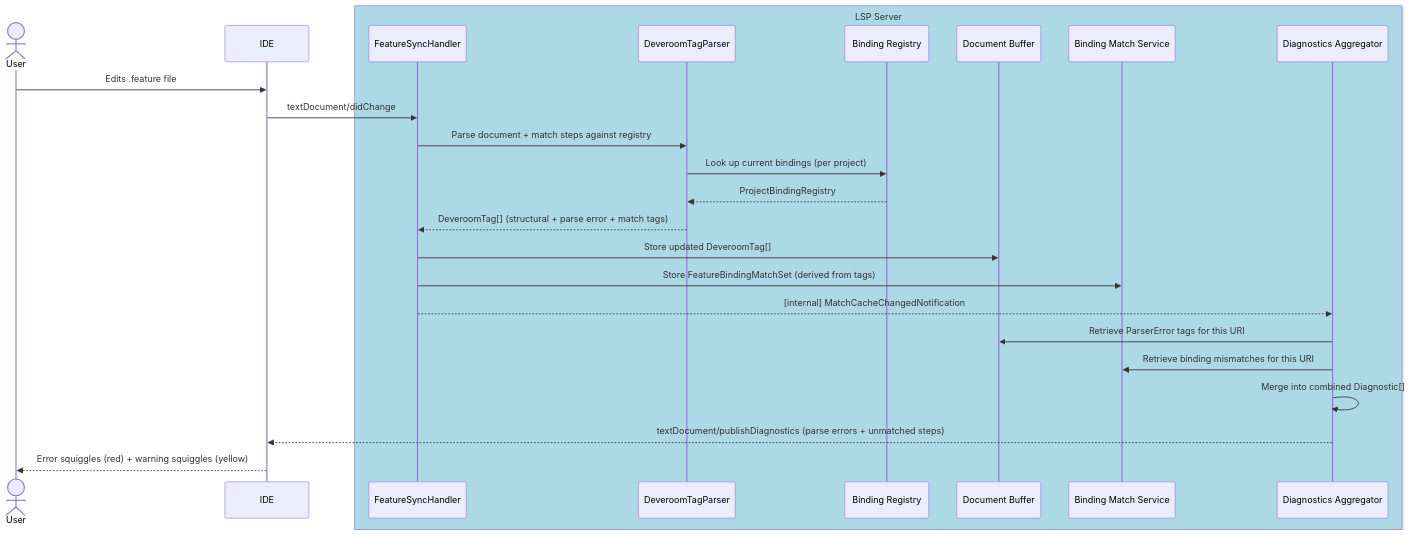
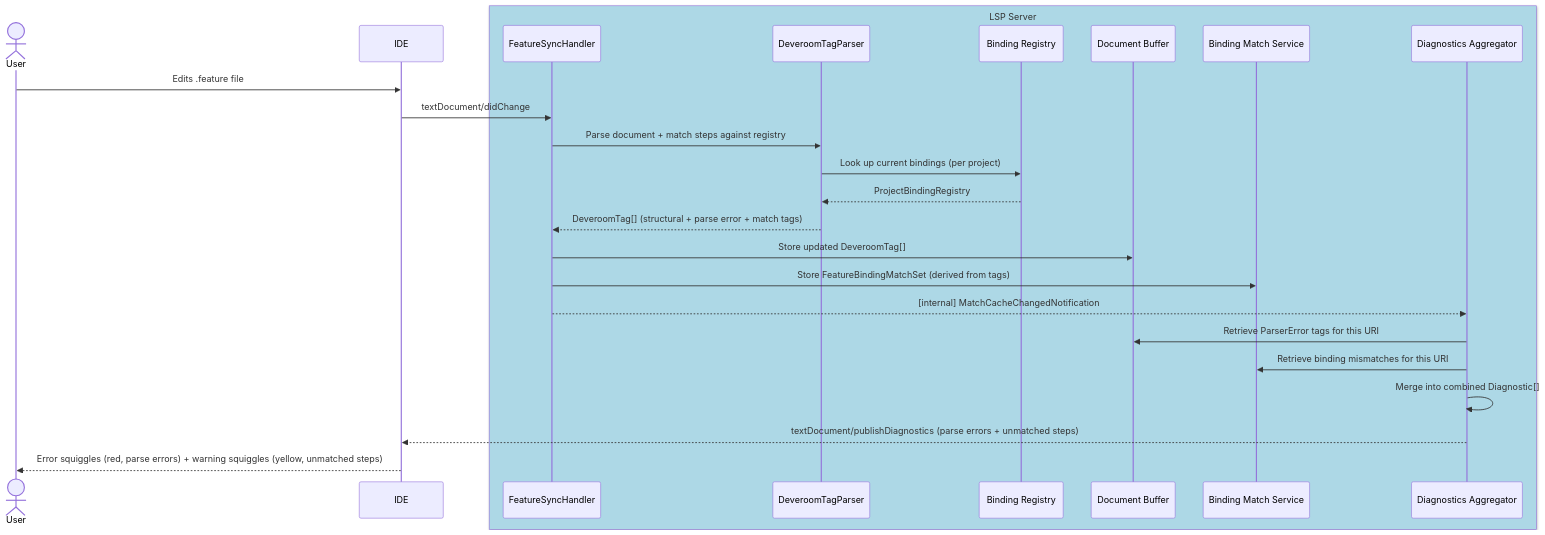
The fourth of 19 diagrams in docs/LSP-IDE-Support-Design.md (clrudolphi/Reqnroll.IdeSupport), drawn with Mermaid before and after one commit. The commit also changed other lines of this file and 7 other files, not shown here.

First line of the commit message:
feat(F3/F4): implement Gherkin diagnostics (parse errors + unmatched steps)

````diff
--- a/docs/LSP-IDE-Support-Design.md
+++ b/docs/LSP-IDE-Support-Design.md
@@ -1148,29 +1150,29 @@
 ```mermaid
 sequenceDiagram
     actor User
     participant IDE
 
     box LightBlue LSP Server
         participant FSH as FeatureSyncHandler
         participant DTP as DeveroomTagParser
         participant BR as Binding Registry
         participant DB as Document Buffer
         participant BMS as Binding Match Service
         participant DA as Diagnostics Aggregator
     end
 
     User->>IDE: Edits .feature file
     IDE->>FSH: textDocument/didChange
     FSH->>DTP: Parse document + match steps against registry
     DTP->>BR: Look up current bindings (per project)
     BR-->>DTP: ProjectBindingRegistry
     DTP-->>FSH: DeveroomTag[] (structural + parse error + match tags)
     FSH->>DB: Store updated DeveroomTag[]
     FSH->>BMS: Store FeatureBindingMatchSet (derived from tags)
     FSH-->>DA: [internal] MatchCacheChangedNotification
     DA->>DB: Retrieve ParserError tags for this URI
     DA->>BMS: Retrieve binding mismatches for this URI
     DA->>DA: Merge into combined Diagnostic[]
     DA-->>IDE: textDocument/publishDiagnostics (parse errors + unmatched steps)
-    IDE-->>User: Error squiggles (red) + warning squiggles (yellow)
+    IDE-->>User: Error squiggles (red, parse errors) + warning squiggles (yellow, unmatched steps)
 ```
````
